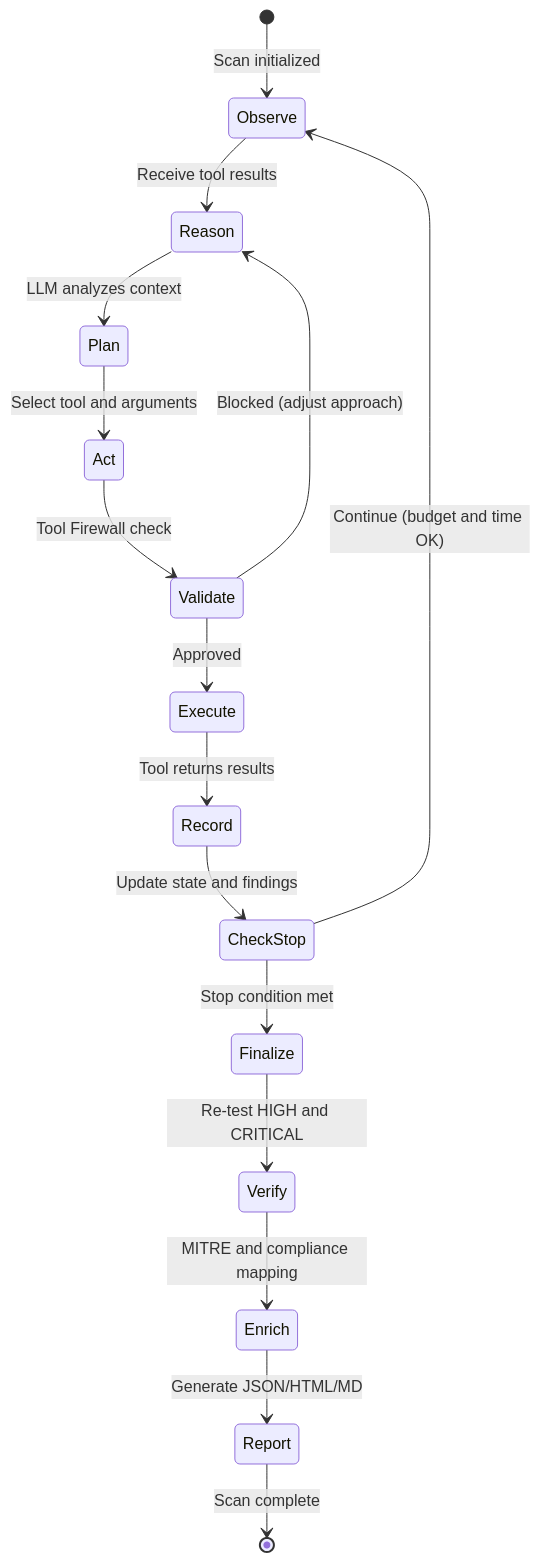
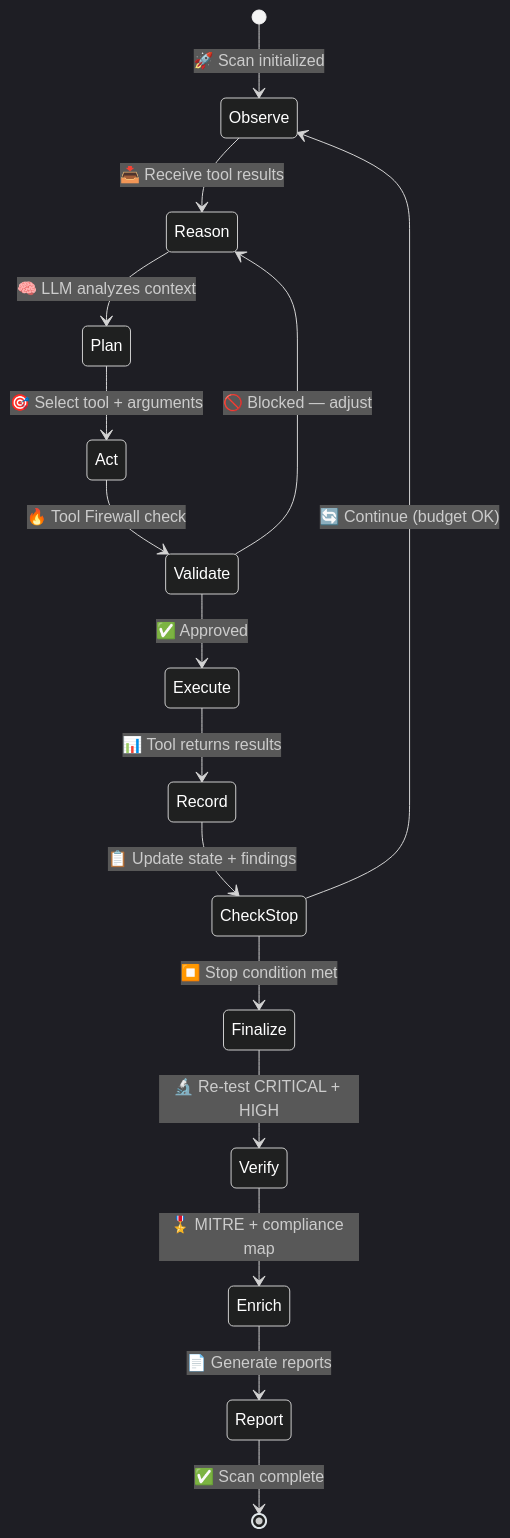
Before and after one commit to Usta0x001/Phantom: the third of 7 diagrams in README.md, drawn with Mermaid. The commit also changed other lines of this file and 2 other files, not shown here.

Commit message:
redesign README with emojis, collapsible diagrams; comprehensive LaTeX report (39 pages, 15 chapters, TikZ diagrams)

````diff
--- a/README.md
+++ b/README.md
@@ -213,22 +251,23 @@
 ```mermaid
+%%{init: {'theme': 'dark', 'themeVariables': {'primaryColor': '#e17055', 'primaryTextColor': '#fff', 'primaryBorderColor': '#fab1a0', 'lineColor': '#dfe6e9'}}}%%
 stateDiagram-v2
-    [*] --> Observe: Scan initialized
-    Observe --> Reason: Receive tool results
-    Reason --> Plan: LLM analyzes context
-    Plan --> Act: Select tool and arguments
-    Act --> Validate: Tool Firewall check
+    [*] --> Observe: 🚀 Scan initialized
+    Observe --> Reason: 📥 Receive tool results
+    Reason --> Plan: 🧠 LLM analyzes context
+    Plan --> Act: 🎯 Select tool + arguments
+    Act --> Validate: 🔥 Tool Firewall check
 
-    Validate --> Execute: Approved
-    Validate --> Reason: Blocked (adjust approach)
+    Validate --> Execute: ✅ Approved
+    Validate --> Reason: 🚫 Blocked — adjust
 
-    Execute --> Record: Tool returns results
-    Record --> CheckStop: Update state and findings
+    Execute --> Record: 📊 Tool returns results
+    Record --> CheckStop: 📋 Update state + findings
 
-    CheckStop --> Observe: Continue (budget and time OK)
-    CheckStop --> Finalize: Stop condition met
+    CheckStop --> Observe: 🔄 Continue (budget OK)
+    CheckStop --> Finalize: ⏹️ Stop condition met
 
-    Finalize --> Verify: Re-test HIGH and CRITICAL
-    Verify --> Enrich: MITRE and compliance mapping
-    Enrich --> Report: Generate JSON/HTML/MD
-    Report --> [*]: Scan complete
+    Finalize --> Verify: 🔬 Re-test CRITICAL + HIGH
+    Verify --> Enrich: 🎖️ MITRE + compliance map
+    Enrich --> Report: 📄 Generate reports
+    Report --> [*]: ✅ Scan complete
 ```
````
